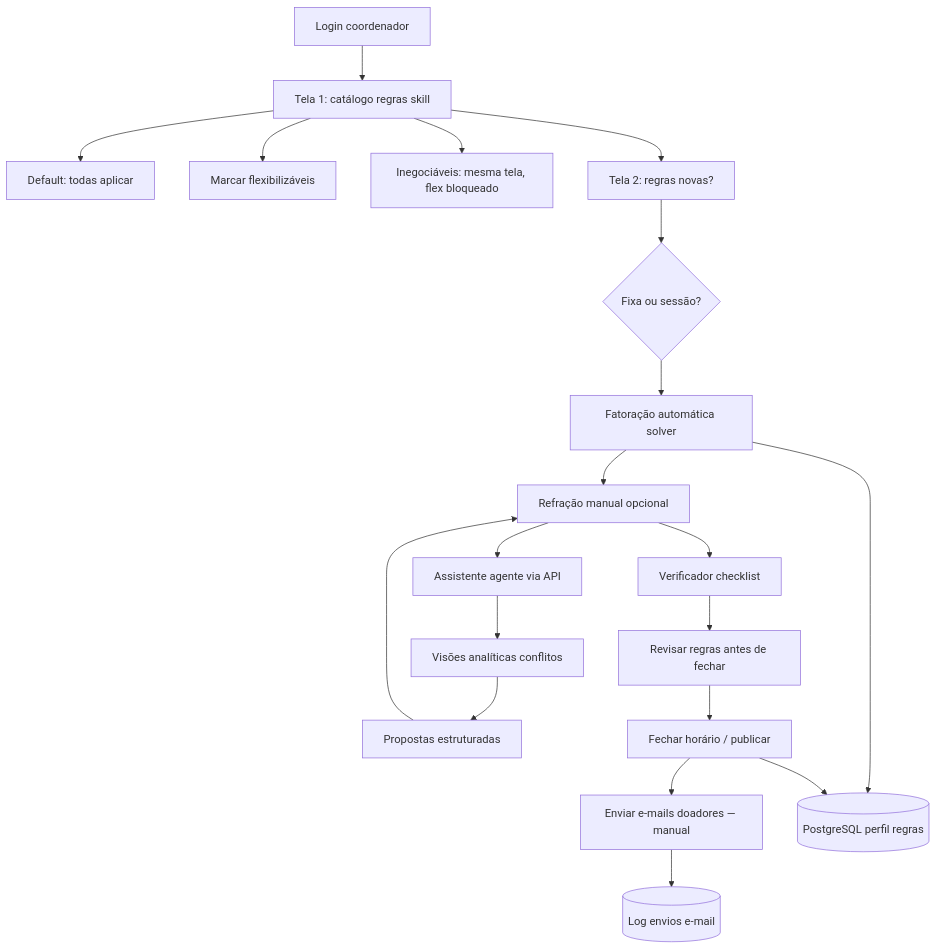
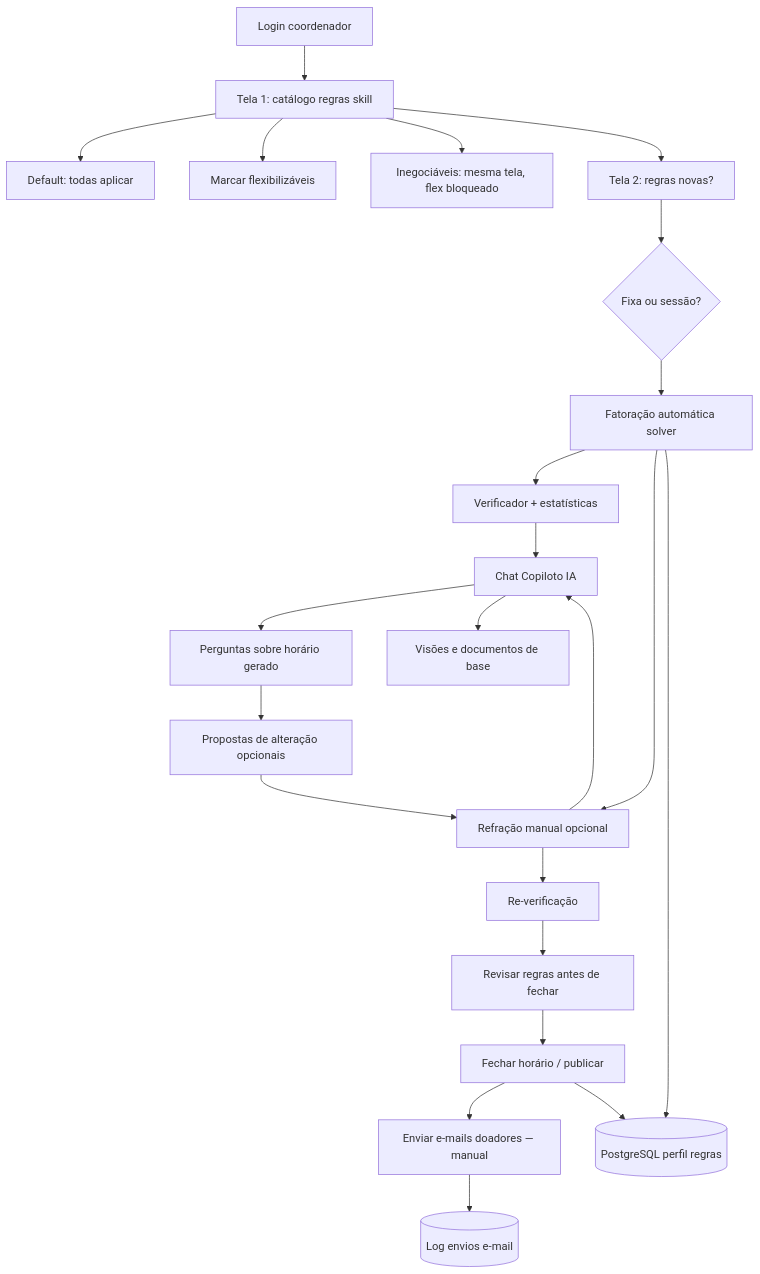
The diagram in _reversa_sdd/flowcharts/plataforma-multi-coordenador.md (cbrener89052/calendarioprovas), drawn with Mermaid before and after one commit. The commit also changed 8 other files, not shown here.

First line of the commit message:
docs(reversa): copiloto IA analista pós-geração (Q&A + estatísticas)

````diff
--- a/_reversa_sdd/flowcharts/plataforma-multi-coordenador.md
+++ b/_reversa_sdd/flowcharts/plataforma-multi-coordenador.md
@@ -5,23 +5,26 @@
 ```mermaid
 flowchart TD
     LOGIN[Login coordenador] --> T1[Tela 1: catálogo regras skill]
     T1 --> D1[Default: todas aplicar]
     T1 --> D2[Marcar flexibilizáveis]
     T1 --> D3[Inegociáveis: mesma tela, flex bloqueado]
     T1 --> T2[Tela 2: regras novas?]
     T2 --> E{Fixa ou sessão?}
     E --> FAT[Fatoração automática solver]
+    FAT --> VER0[Verificador + estatísticas]
+    VER0 --> COPILOT[Chat Copiloto IA]
+    COPILOT --> QA[Perguntas sobre horário gerado]
+    COPILOT --> VIEWS[Visões e documentos de base]
     FAT --> REF[Refração manual opcional]
-    REF --> AGENT[Assistente agente via API]
-    AGENT --> VIEWS[Visões analíticas conflitos]
-    VIEWS --> PROP[Propostas estruturadas]
+    REF --> COPILOT
+    QA --> PROP[Propostas de alteração opcionais]
     PROP --> REF
-    REF --> VER[Verificador checklist]
+    REF --> VER[Re-verificação]
     VER --> GATE[Revisar regras antes de fechar]
     GATE --> FECHAR[Fechar horário / publicar]
     FECHAR --> EMAIL[Enviar e-mails doadores — manual]
     
     FAT --> PG[(PostgreSQL perfil regras)]
     FECHAR --> PG
     EMAIL --> AUDIT[(Log envios e-mail)]
 ```
````
